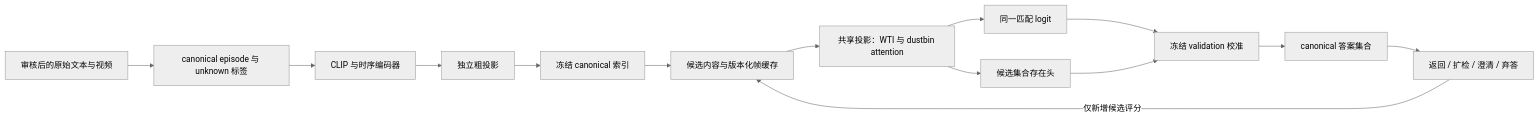
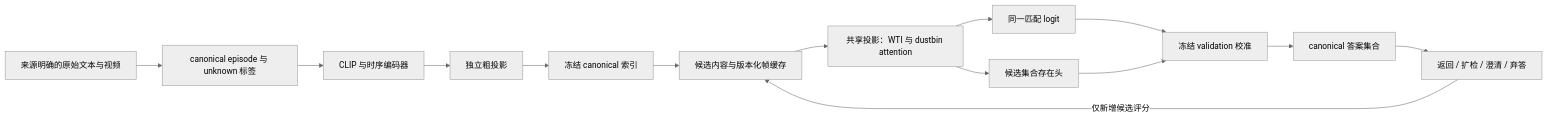
Before and after one commit to ChihayaAnonnn/tvr: the diagram in docs/agent/semantic-retrieval-system.md, drawn with Mermaid (neutral theme). The commit also changed other lines of this file and 4 other files, not shown here.

````diff
--- a/docs/agent/semantic-retrieval-system.md
+++ b/docs/agent/semantic-retrieval-system.md
@@ -10,16 +10,16 @@
 ```mermaid
 flowchart LR
-  Raw[审核后的原始文本与视频] --> Episode[canonical episode 与 unknown 标签]
+  Raw[来源明确的原始文本与视频] --> Episode[canonical episode 与 unknown 标签]
   Episode --> Encoder[CLIP 与时序编码器]
   Encoder --> Coarse[独立粗投影]
   Coarse --> Index[冻结 canonical 索引]
   Index --> Candidate[候选内容与版本化帧缓存]
   Candidate --> Match[共享投影：WTI 与 dustbin attention]
   Match --> Rank[同一匹配 logit]
   Match --> Exist[候选集合存在头]
   Rank --> Calibration[冻结 validation 校准]
   Exist --> Calibration
   Calibration --> Set[canonical 答案集合]
   Set --> Policy[返回 / 扩检 / 澄清 / 弃答]
   Policy -->|仅新增候选评分| Candidate
 ```
````
